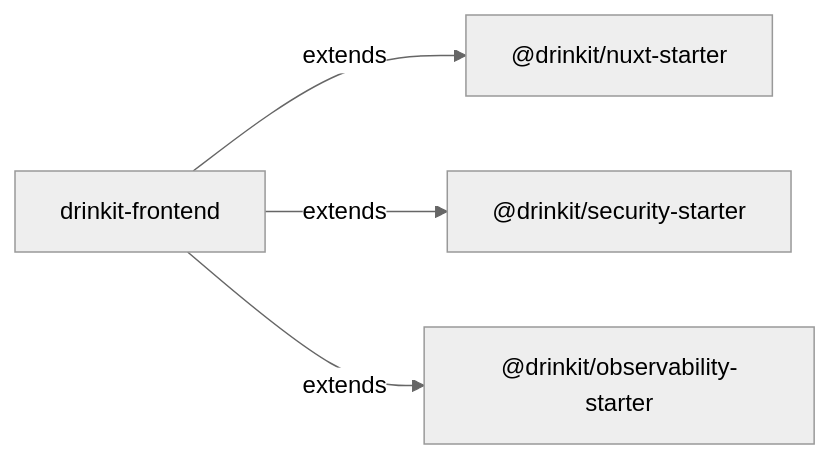
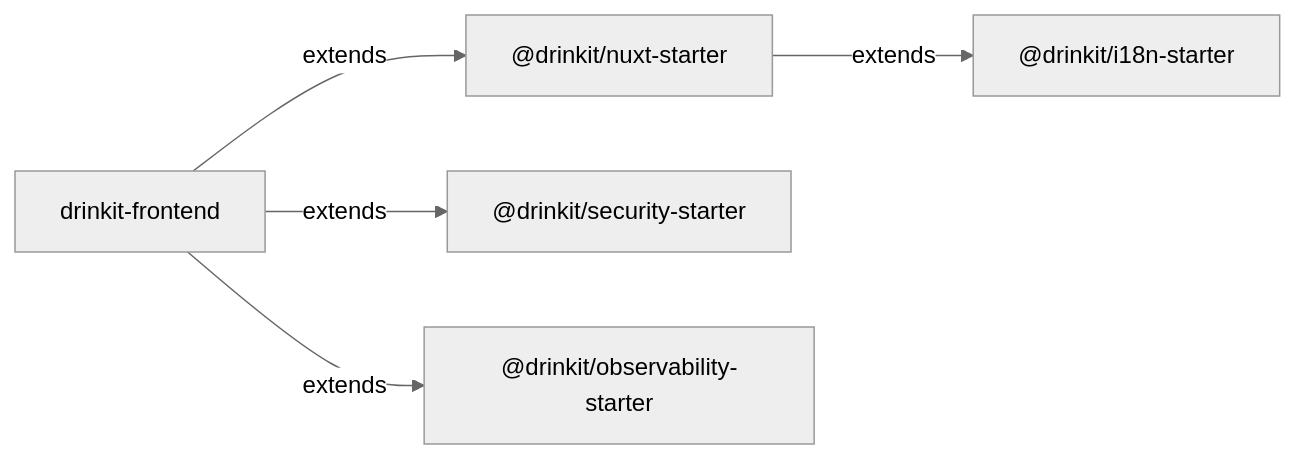
The diagram in tech-starters/frontend/nuxt-starter/README.md (mboisnard/drinkit), drawn with Mermaid (neutral theme) before and after one commit. The commit also changed other lines of this file and 104 other files, not shown here.

````diff
--- a/tech-starters/frontend/nuxt-starter/README.md
+++ b/tech-starters/frontend/nuxt-starter/README.md
@@ -11,6 +12,7 @@
 ```mermaid
 flowchart LR
     App[drinkit-frontend] -- extends --> Starter["@drinkit/nuxt-starter"]
+    Starter -- extends --> I18n["@drinkit/i18n-starter"]
     App -- extends --> Security["@drinkit/security-starter"]
     App -- extends --> Observability["@drinkit/observability-starter"]
 ```
````
